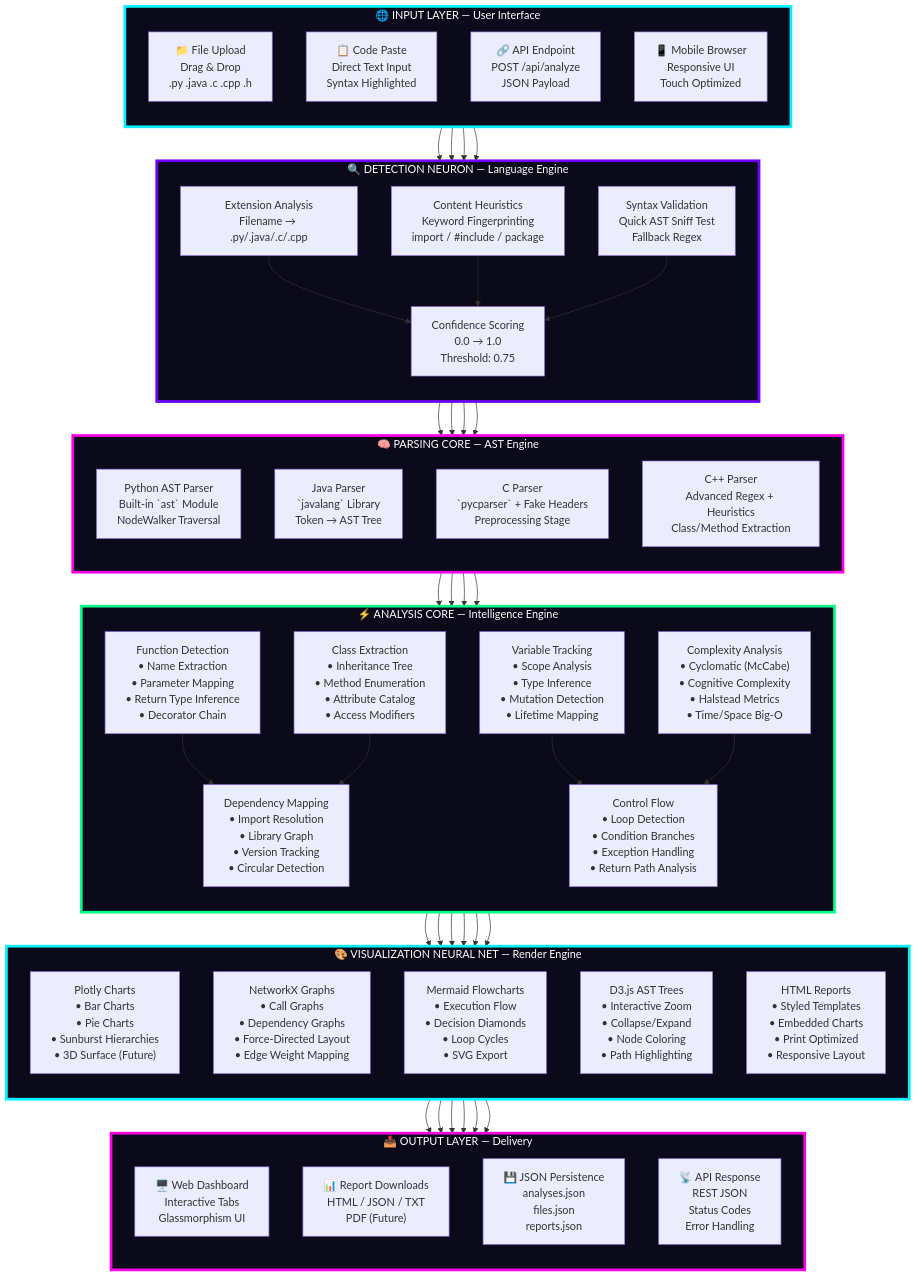
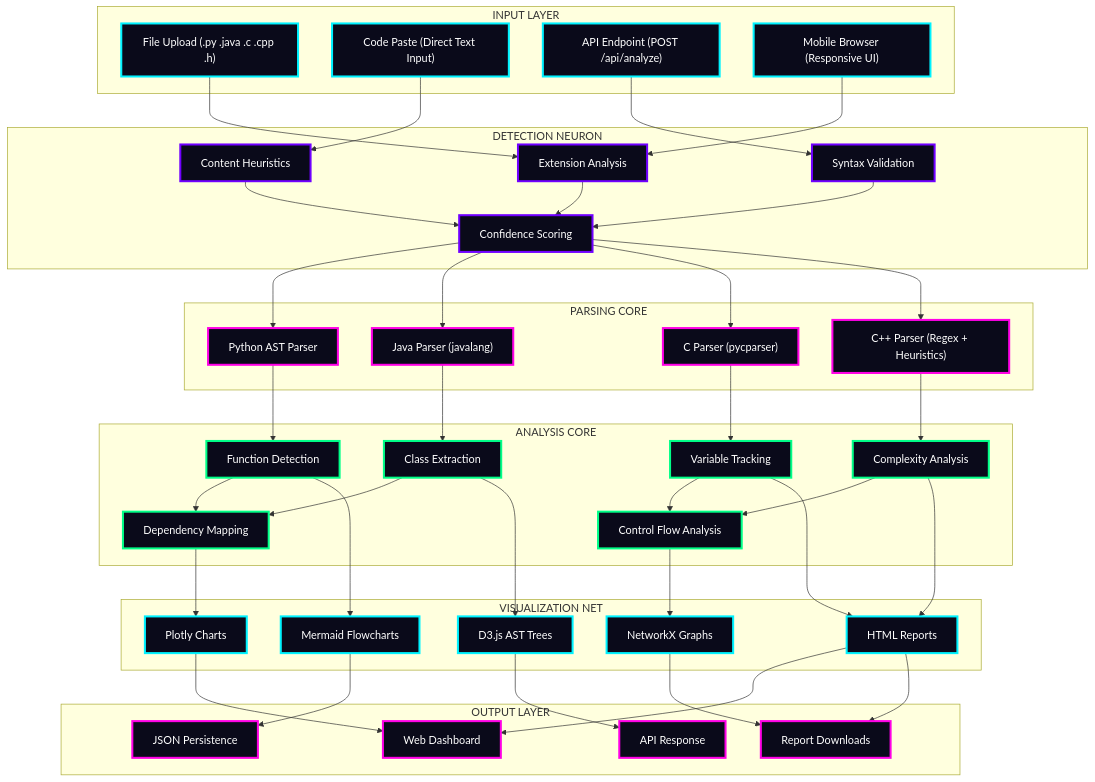
Before and after one commit to issu321/Programming-Visualization: the first of 21 diagrams in README.md, drawn with Mermaid. The commit also changed other lines of this file, not shown here.

````diff
--- a/README.md
+++ b/README.md
@@ -145,54 +109,48 @@
 ```mermaid
 graph TB
-    subgraph INPUT_LAYER["🌐 INPUT LAYER — User Interface"]
-        direction TB
-        A1["📁 File Upload<br/>Drag & Drop<br/>.py .java .c .cpp .h"]
-        A2["📋 Code Paste<br/>Direct Text Input<br/>Syntax Highlighted"]
-        A3["🔗 API Endpoint<br/>POST /api/analyze<br/>JSON Payload"]
-        A4["📱 Mobile Browser<br/>Responsive UI<br/>Touch Optimized"]
+    subgraph INPUT["INPUT LAYER"]
+        A1["File Upload (.py .java .c .cpp .h)"]
+        A2["Code Paste (Direct Text Input)"]
+        A3["API Endpoint (POST /api/analyze)"]
+        A4["Mobile Browser (Responsive UI)"]
     end
 
-    subgraph DETECTION_LAYER["🔍 DETECTION NEURON — Language Engine"]
-        direction TB
-        B1["Extension Analysis<br/>Filename → .py/.java/.c/.cpp"]
-        B2["Content Heuristics<br/>Keyword Fingerprinting<br/>import / #include / package"]
-        B3["Syntax Validation<br/>Quick AST Sniff Test<br/>Fallback Regex"]
-        B4["Confidence Scoring<br/>0.0 → 1.0<br/>Threshold: 0.75"]
+    subgraph DETECT["DETECTION NEURON"]
+        B1["Extension Analysis"]
+        B2["Content Heuristics"]
+        B3["Syntax Validation"]
+        B4["Confidence Scoring"]
     end
 
-    subgraph PARSING_LAYER["🧠 PARSING CORE — AST Engine"]
-        direction TB
-        C1["Python AST Parser<br/>Built-in `ast` Module<br/>NodeWalker Traversal"]
-        C2["Java Parser<br/>`javalang` Library<br/>Token → AST Tree"]
-        C3["C Parser<br/>`pycparser` + Fake Headers<br/>Preprocessing Stage"]
-        C4["C++ Parser<br/>Advanced Regex + Heuristics<br/>Class/Method Extraction"]
+    subgraph PARSE["PARSING CORE"]
+        C1["Python AST Parser"]
+        C2["Java Parser (javalang)"]
+        C3["C Parser (pycparser)"]
+        C4["C++ Parser (Regex + Heuristics)"]
     end
 
-    subgraph ANALYSIS_LAYER["⚡ ANALYSIS CORE — Intelligence Engine"]
-        direction TB
-        D1["Function Detection<br/>• Name Extraction<br/>• Parameter Mapping<br/>• Return Type Inference<br/>• Decorator Chain"]
-        D2["Class Extraction<br/>• Inheritance Tree<br/>• Method Enumeration<br/>• Attribute Catalog<br/>• Access Modifiers"]
-        D3["Variable Tracking<br/>• Scope Analysis<br/>• Type Inference<br/>• Mutation Detection<br/>• Lifetime Mapping"]
-        D4["Complexity Analysis<br/>• Cyclomatic (McCabe)<br/>• Cognitive Complexity<br/>• Halstead Metrics<br/>• Time/Space Big-O"]
-        D5["Dependency Mapping<br/>• Import Resolution<br/>• Library Graph<br/>• Version Tracking<br/>• Circular Detection"]
-        D6["Control Flow<br/>• Loop Detection<br/>• Condition Branches<br/>• Exception Handling<br/>• Return Path Analysis"]
+    subgraph ANALYZE["ANALYSIS CORE"]
+        D1["Function Detection"]
+        D2["Class Extraction"]
+        D3["Variable Tracking"]
+        D4["Complexity Analysis"]
+        D5["Dependency Mapping"]
+        D6["Control Flow Analysis"]
     end
 
-    subgraph VISUALIZATION_LAYER["🎨 VISUALIZATION NEURAL NET — Render Engine"]
-        direction TB
-        E1["Plotly Charts<br/>• Bar Charts<br/>• Pie Charts<br/>• Sunburst Hierarchies<br/>• 3D Surface (Future)"]
-        E2["NetworkX Graphs<br/>• Call Graphs<br/>• Dependency Graphs<br/>• Force-Directed Layout<br/>• Edge Weight Mapping"]
-        E3["Mermaid Flowcharts<br/>• Execution Flow<br/>• Decision Diamonds<br/>• Loop Cycles<br/>• SVG Export"]
-        E4["D3.js AST Trees<br/>• Interactive Zoom<br/>• Collapse/Expand<br/>• Node Coloring<br/>• Path Highlighting"]
-        E5["HTML Reports<br/>• Styled Templates<br/>• Embedded Charts<br/>• Print Optimized<br/>• Responsive Layout"]
+    subgraph VIZ["VISUALIZATION NET"]
+        E1["Plotly Charts"]
+        E2["NetworkX Graphs"]
+        E3["Mermaid Flowcharts"]
+        E4["D3.js AST Trees"]
+        E5["HTML Reports"]
     end
 
-    subgraph OUTPUT_LAYER["📤 OUTPUT LAYER — Delivery"]
-        direction TB
-        F1["🖥️ Web Dashboard<br/>Interactive Tabs<br/>Glassmorphism UI"]
-        F2["📊 Report Downloads<br/>HTML / JSON / TXT<br/>PDF (Future)"]
-        F3["💾 JSON Persistence<br/>analyses.json<br/>files.json<br/>reports.json"]
-        F4["📡 API Response<br/>REST JSON<br/>Status Codes<br/>Error Handling"]
+    subgraph OUTPUT["OUTPUT LAYER"]
+        F1["Web Dashboard"]
+        F2["Report Downloads"]
+        F3["JSON Persistence"]
+        F4["API Response"]
     end
 
     A1 --> B1
@@ -227,10 +185,16 @@
     E5 --> F1
     E5 --> F2
 
-    style INPUT_LAYER fill:#0a0a1a,stroke:#00f2ff,stroke-width:4px,color:#fff
-    style DETECTION_LAYER fill:#0a0a1a,stroke:#7000ff,stroke-width:4px,color:#fff
-    style PARSING_LAYER fill:#0a0a1a,stroke:#ff00e6,stroke-width:4px,color:#fff
-    style ANALYSIS_LAYER fill:#0a0a1a,stroke:#00ff88,stroke-width:4px,color:#fff
-    style VISUALIZATION_LAYER fill:#0a0a1a,stroke:#00f2ff,stroke-width:4px,color:#fff
-    style OUTPUT_LAYER fill:#0a0a1a,stroke:#ff00e6,stroke-width:4px,color:#fff
+    classDef input fill:#0a0a1a,stroke:#00f2ff,stroke-width:3px,color:#fff
+    classDef detect fill:#0a0a1a,stroke:#7000ff,stroke-width:3px,color:#fff
+    classDef parse fill:#0a0a1a,stroke:#ff00e6,stroke-width:3px,color:#fff
+    classDef analyze fill:#0a0a1a,stroke:#00ff88,stroke-width:3px,color:#fff
+    classDef viz fill:#0a0a1a,stroke:#00f2ff,stroke-width:3px,color:#fff
+    classDef output fill:#0a0a1a,stroke:#ff00e6,stroke-width:3px,color:#fff
+    class A1,A2,A3,A4 input
+    class B1,B2,B3,B4 detect
+    class C1,C2,C3,C4 parse
+    class D1,D2,D3,D4,D5,D6 analyze
+    class E1,E2,E3,E4,E5 viz
+    class F1,F2,F3,F4 output
 ```
````
